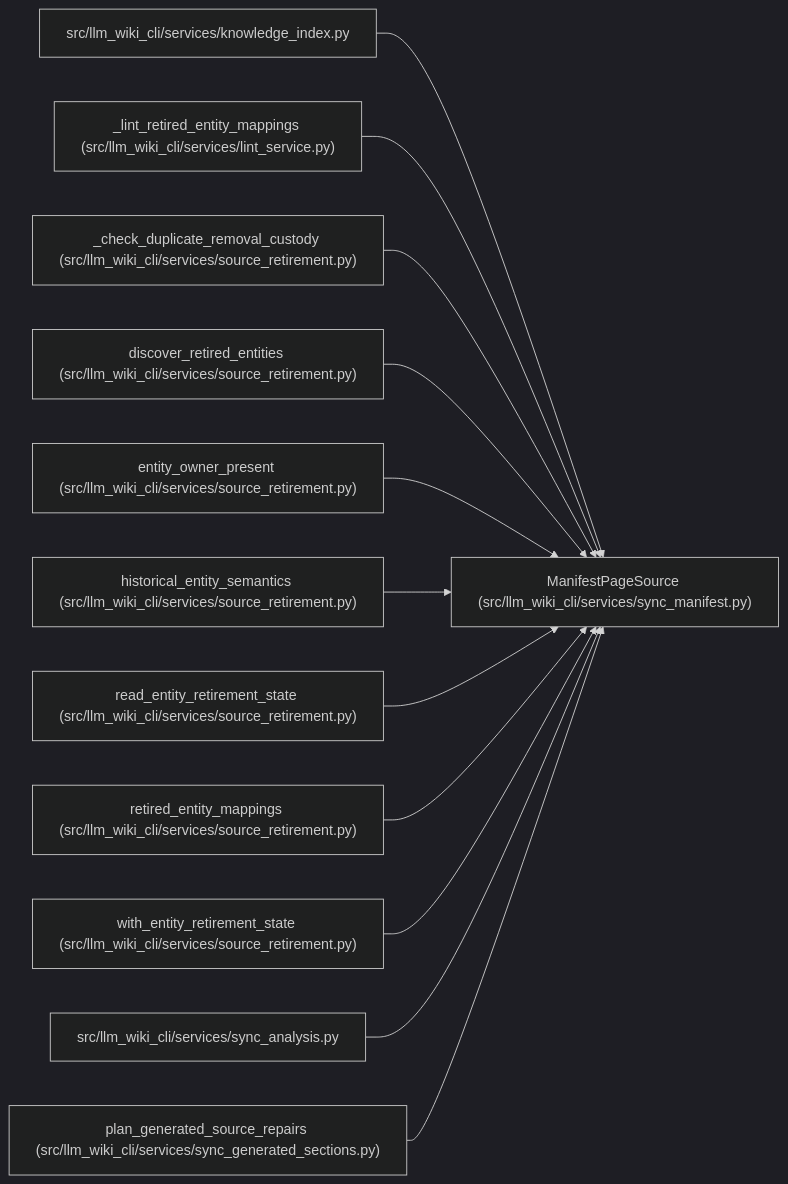
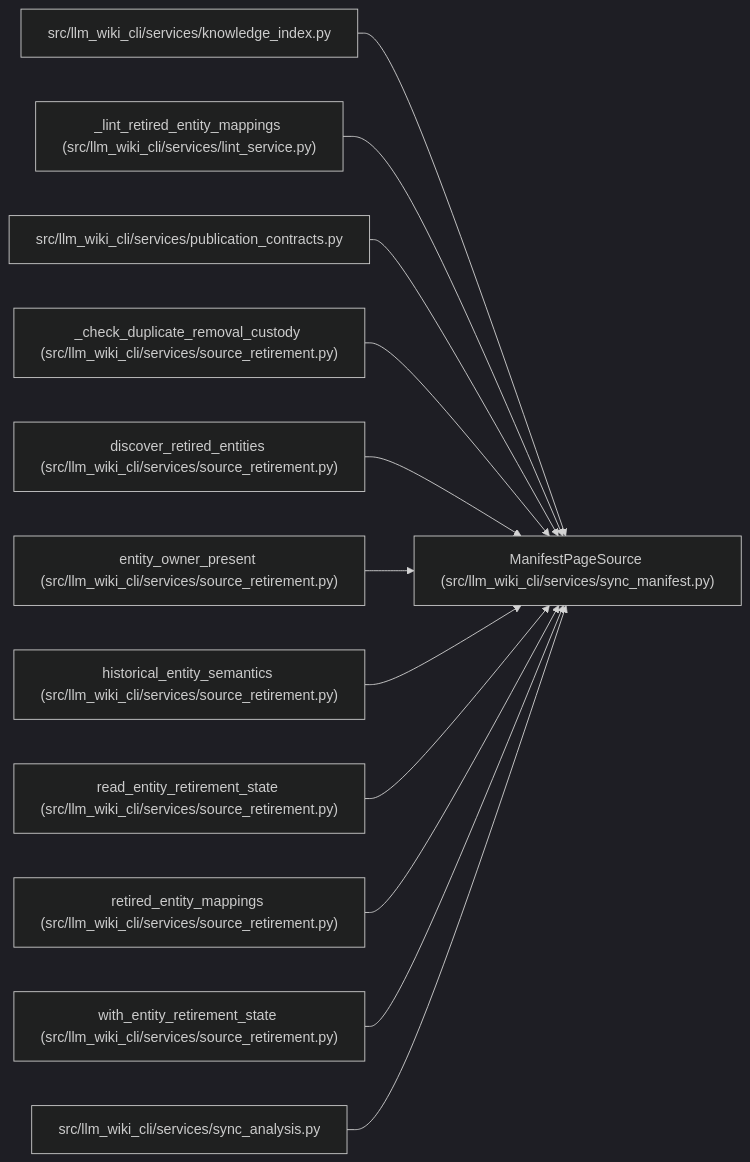
The diagram in docs/llm_wiki/entities/ManifestPageSource.md (Denissvgn/python-wiki-llm), drawn with Mermaid (dark theme) before and after one commit. The commit also changed other lines of this file and 479 other files, not shown here.

````diff
--- a/docs/llm_wiki/entities/ManifestPageSource.md
+++ b/docs/llm_wiki/entities/ManifestPageSource.md
@@ -34,38 +34,38 @@
 ```mermaid
 flowchart LR
     n0["ManifestPageSource (src/llm_wiki_cli/services/sync_manifest.py)"]
     n1["src/llm_wiki_cli/services/knowledge_index.py"]
     n2["_lint_retired_entity_mappings (src/llm_wiki_cli/services/lint_service.py)"]
-    n3["_check_duplicate_removal_custody (src/llm_wiki_cli/services/source_retirement.py)"]
-    n4["discover_retired_entities (src/llm_wiki_cli/services/source_retirement.py)"]
-    n5["entity_owner_present (src/llm_wiki_cli/services/source_retirement.py)"]
-    n6["historical_entity_semantics (src/llm_wiki_cli/services/source_retirement.py)"]
-    n7["read_entity_retirement_state (src/llm_wiki_cli/services/source_retirement.py)"]
-    n8["retired_entity_mappings (src/llm_wiki_cli/services/source_retirement.py)"]
-    n9["with_entity_retirement_state (src/llm_wiki_cli/services/source_retirement.py)"]
-    n10["src/llm_wiki_cli/services/sync_analysis.py"]
-    n11["plan_generated_source_repairs (src/llm_wiki_cli/services/sync_generated_sections.py)"]
+    n3["src/llm_wiki_cli/services/publication_contracts.py"]
+    n4["_check_duplicate_removal_custody (src/llm_wiki_cli/services/source_retirement.py)"]
+    n5["discover_retired_entities (src/llm_wiki_cli/services/source_retirement.py)"]
+    n6["entity_owner_present (src/llm_wiki_cli/services/source_retirement.py)"]
+    n7["historical_entity_semantics (src/llm_wiki_cli/services/source_retirement.py)"]
+    n8["read_entity_retirement_state (src/llm_wiki_cli/services/source_retirement.py)"]
+    n9["retired_entity_mappings (src/llm_wiki_cli/services/source_retirement.py)"]
+    n10["with_entity_retirement_state (src/llm_wiki_cli/services/source_retirement.py)"]
+    n11["src/llm_wiki_cli/services/sync_analysis.py"]
     n1 --> n0
     n2 --> n0
     n3 --> n0
     n4 --> n0
     n5 --> n0
     n6 --> n0
     n7 --> n0
     n8 --> n0
     n9 --> n0
     n10 --> n0
     n11 --> n0
     click n0 "../modules/sync_manifest.md"
     click n1 "../modules/knowledge_index.md"
     click n2 "../modules/lint_service.md"
-    click n3 "../modules/source_retirement.md"
+    click n3 "../modules/publication_contracts.md"
     click n4 "../modules/source_retirement.md"
     click n5 "../modules/source_retirement.md"
     click n6 "../modules/source_retirement.md"
     click n7 "../modules/source_retirement.md"
     click n8 "../modules/source_retirement.md"
     click n9 "../modules/source_retirement.md"
-    click n10 "../modules/sync_analysis.md"
-    click n11 "../modules/sync_generated_sections.md"
+    click n10 "../modules/source_retirement.md"
+    click n11 "../modules/sync_analysis.md"
 ```
````
